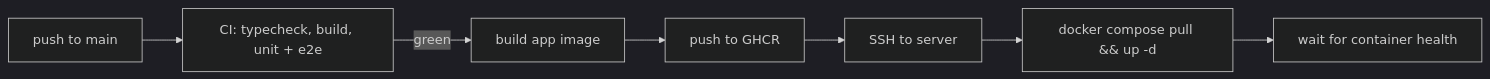
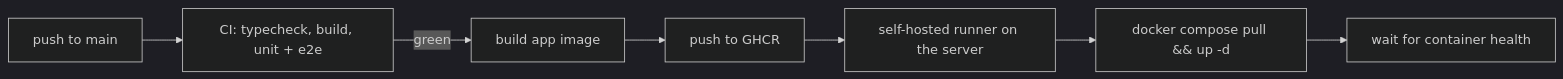
Before and after one commit to Thecow-007/BackBurner: the diagram in docs/deployment.md, drawn with Mermaid (dark theme). The commit also changed other lines of this file and 4 other files, not shown here.

````diff
--- a/docs/deployment.md
+++ b/docs/deployment.md
@@ -28,9 +28,9 @@
 ```mermaid
 flowchart LR
   push["push to main"] --> ci["CI: typecheck, build, unit + e2e"]
   ci -->|green| build["build app image"]
   build --> ghcr["push to GHCR"]
-  ghcr --> ssh["SSH to server"]
-  ssh --> up["docker compose pull && up -d"]
+  ghcr --> runner["self-hosted runner on the server"]
+  runner --> up["docker compose pull && up -d"]
   up --> verify["wait for container health"]
 ```
````
